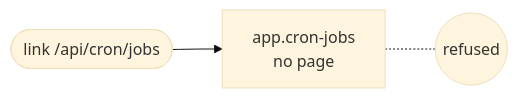
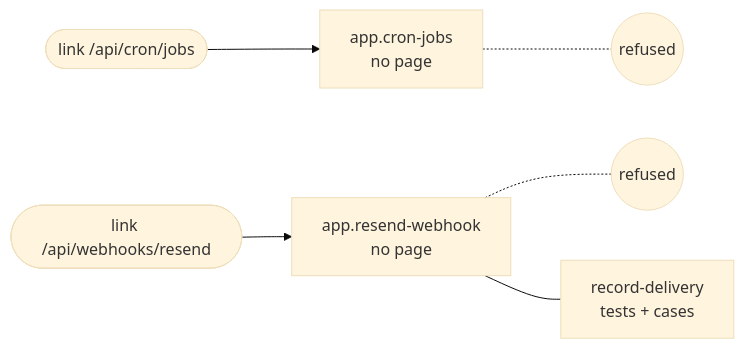
Before and after one commit to SebastianGarces/everyfield: the diagram in docs/feature-maps/app.md, drawn with Mermaid (base theme). The commit also changed other lines of this file and 4 other files, not shown here.

First line of the commit message:
Feature maps: the Resend webhook surface moves to the app map, whose scope reaches its handler (R-08, rule 8)

````diff
--- a/docs/feature-maps/app.md
+++ b/docs/feature-maps/app.md
@@ -6,7 +6,12 @@
 ```mermaid
 flowchart LR
   s0_link0(["link /api/cron/jobs"])
+  s1_link0(["link /api/webhooks/resend"])
   s0["app.cron-jobs<br/>no page"]
   s0_link0 --> s0
   s0 -.- s0_st0(("refused"))
+  s1["app.resend-webhook<br/>no page"]
+  s1_link0 --> s1
+  s1 -.- s1_st0(("refused"))
+  s1 --- s1_b0["record-delivery<br/>tests + cases"]
 ```
````
